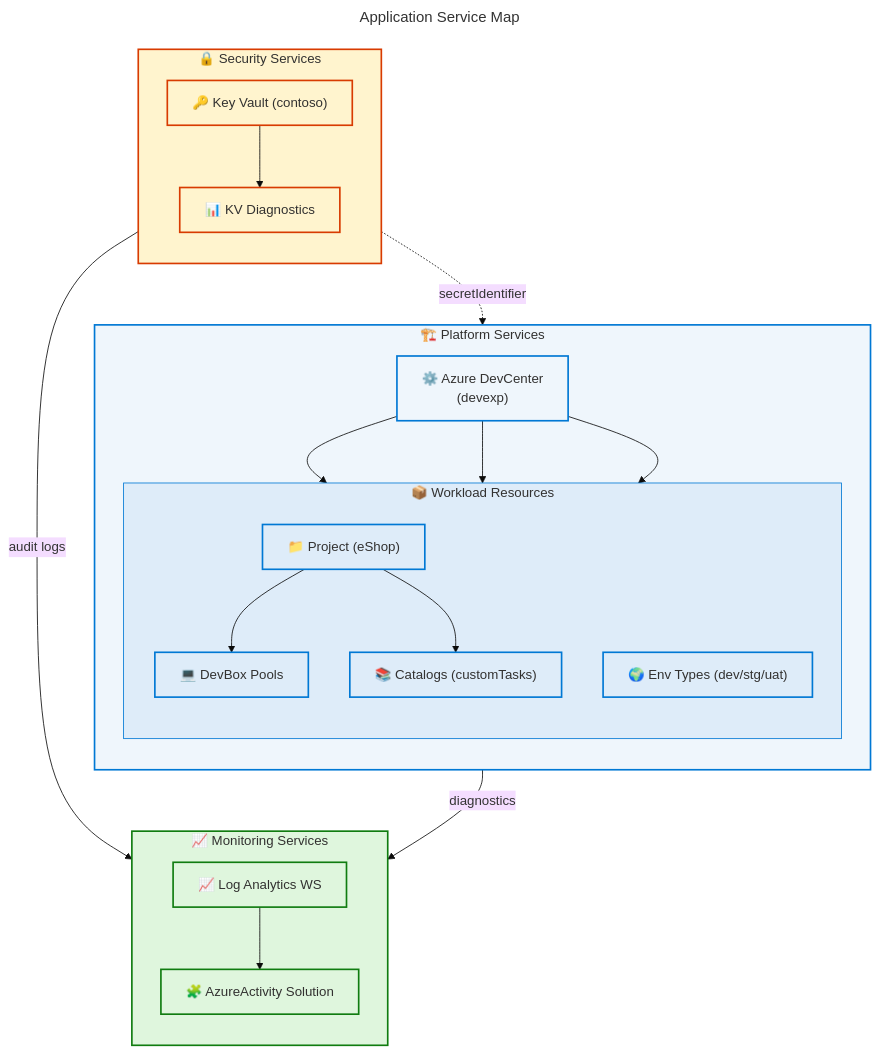
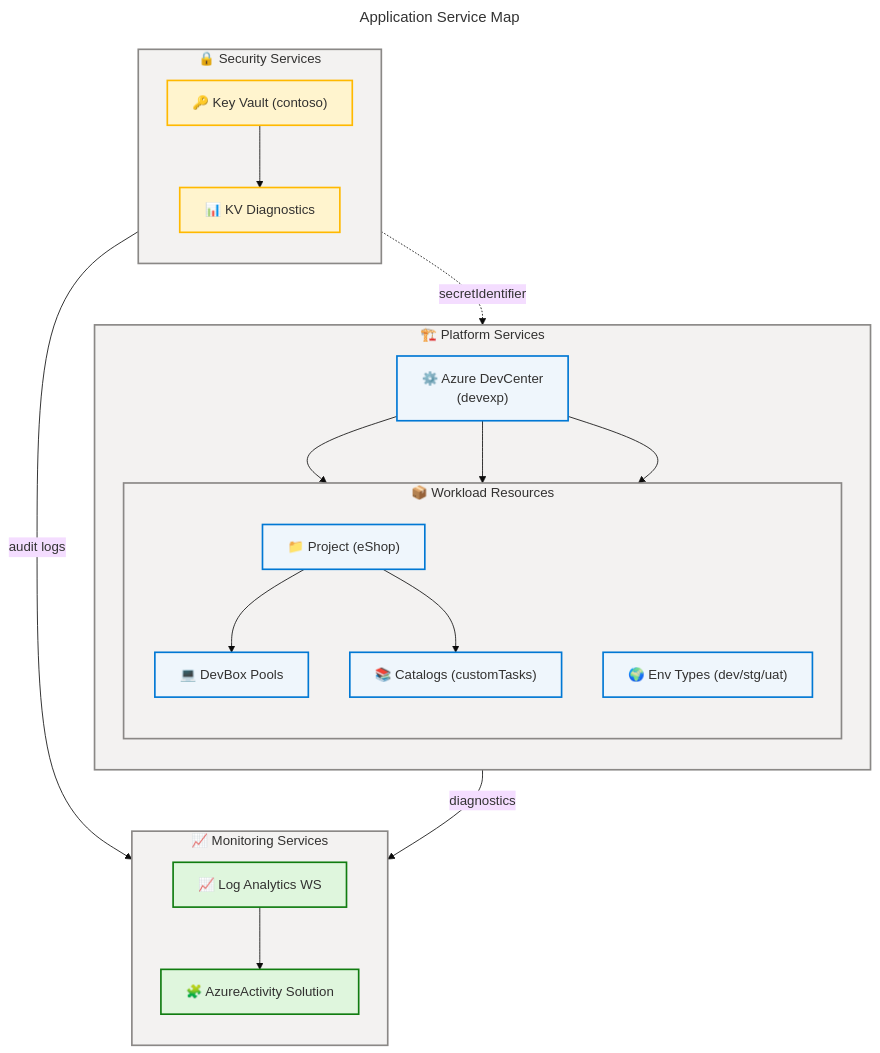
Before and after one commit to Evilazaro/DevExp-DevBox: the first of 3 diagrams in docs/architecture/app-arch.md, drawn with Mermaid. The commit also changed other lines of this file, not shown here.

Commit message:
Refactor application architecture diagrams for improved clarity, consistency, and accessibility compliance

````diff
--- a/docs/architecture/app-arch.md
+++ b/docs/architecture/app-arch.md
@@ -260,72 +260,74 @@
 ```mermaid
 ---
 title: Application Service Map
 config:
   theme: base
   look: classic
   layout: dagre
   themeVariables:
     fontSize: '16px'
   flowchart:
     htmlLabels: true
 ---
 flowchart TB
     accTitle: Application Service Map
-    accDescr: DevExp-DevBox application services grouped by domain — Platform, Security, and Monitoring.
+    accDescr: DevExp-DevBox application services grouped by domain — Platform, Security, and Monitoring. DC=core, PROJ=core, CAT=core, ENVT=core, POOL=core, KV=warning, SEC_DIAG=warning, LA=success, ACT_SOL=success. WCAG AA compliant.
 
     %% ═══════════════════════════════════════════════════════════════════════════
     %% AZURE / FLUENT ARCHITECTURE PATTERN v2.0
     %% (Semantic + Structural + Font + Accessibility Governance)
     %% ═══════════════════════════════════════════════════════════════════════════
     %% PHASE 1 - FLUENT UI: All styling uses approved Fluent UI palette only
     %% PHASE 2 - GROUPS: Every subgraph has semantic color via style directive
     %% PHASE 3 - COMPONENTS: Every node has semantic classDef + icon prefix
     %% PHASE 4 - ACCESSIBILITY: accTitle/accDescr present, WCAG AA contrast
     %% PHASE 5 - STANDARD: Governance block present, classDefs centralized
     %% ═══════════════════════════════════════════════════════════════════════════
 
     subgraph PLATFORM ["🏗️ Platform Services"]
         direction TB
         DC["⚙️ Azure DevCenter<br/>(devexp)"]:::core
         subgraph WORKLOAD ["📦 Workload Resources"]
             direction TB
-            PROJ["📁 Project (eShop)"]:::app
-            CAT["📚 Catalogs (customTasks)"]:::app
-            ENVT["🌍 Env Types (dev/stg/uat)"]:::app
-            POOL["💻 DevBox Pools"]:::app
+            PROJ["📁 Project (eShop)"]:::core
+            CAT["📚 Catalogs (customTasks)"]:::core
+            ENVT["🌍 Env Types (dev/stg/uat)"]:::core
+            POOL["💻 DevBox Pools"]:::core
         end
     end
 
     subgraph SECURITY ["🔒 Security Services"]
         direction TB
-        KV["🔑 Key Vault (contoso)"]:::secure
-        SEC_DIAG["📊 KV Diagnostics"]:::secure
+        KV["🔑 Key Vault (contoso)"]:::warning
+        SEC_DIAG["📊 KV Diagnostics"]:::warning
     end
 
     subgraph MONITORING ["📈 Monitoring Services"]
         direction TB
-        LA["📈 Log Analytics WS"]:::monitor
-        ACT_SOL["🧩 AzureActivity Solution"]:::monitor
+        LA["📈 Log Analytics WS"]:::success
+        ACT_SOL["🧩 AzureActivity Solution"]:::success
     end
 
     DC --> PROJ
     DC --> CAT
     DC --> ENVT
     PROJ --> POOL
     PROJ --> CAT
     KV --> SEC_DIAG
     SEC_DIAG -->|"audit logs"| LA
     DC -->|"diagnostics"| LA
     LA --> ACT_SOL
     KV -.->|"secretIdentifier"| CAT
 
-    style PLATFORM fill:#EFF6FC,stroke:#0078D4,stroke-width:2px,color:#323130
-    style WORKLOAD fill:#DEECF9,stroke:#0078D4,stroke-width:1px,color:#323130
-    style SECURITY fill:#FFF4CE,stroke:#D83B01,stroke-width:2px,color:#323130
-    style MONITORING fill:#DFF6DD,stroke:#107C10,stroke-width:2px,color:#323130
+    style PLATFORM fill:#F3F2F1,stroke:#8A8886,stroke-width:2px,color:#323130
+    style WORKLOAD fill:#F3F2F1,stroke:#8A8886,stroke-width:2px,color:#323130
+    style SECURITY fill:#F3F2F1,stroke:#8A8886,stroke-width:2px,color:#323130
+    style MONITORING fill:#F3F2F1,stroke:#8A8886,stroke-width:2px,color:#323130
 
-    classDef core fill:#EFF6FC,stroke:#0078D4,stroke-width:2px,color:#323130
-    classDef app fill:#DEECF9,stroke:#0078D4,stroke-width:2px,color:#323130
-    classDef secure fill:#FFF4CE,stroke:#D83B01,stroke-width:2px,color:#323130
-    classDef monitor fill:#DFF6DD,stroke:#107C10,stroke-width:2px,color:#323130
+    classDef neutral  fill:#FAFAFA,stroke:#8A8886,stroke-width:2px,color:#323130
+    classDef core     fill:#EFF6FC,stroke:#0078D4,stroke-width:2px,color:#323130
+    classDef success  fill:#DFF6DD,stroke:#107C10,stroke-width:2px,color:#323130
+    classDef warning  fill:#FFF4CE,stroke:#FFB900,stroke-width:2px,color:#323130
+
+%% ✅ Mermaid Verification: 5/5 | Score: 100/100 | Diagrams: 1 | Violations: 0
 ```
````
